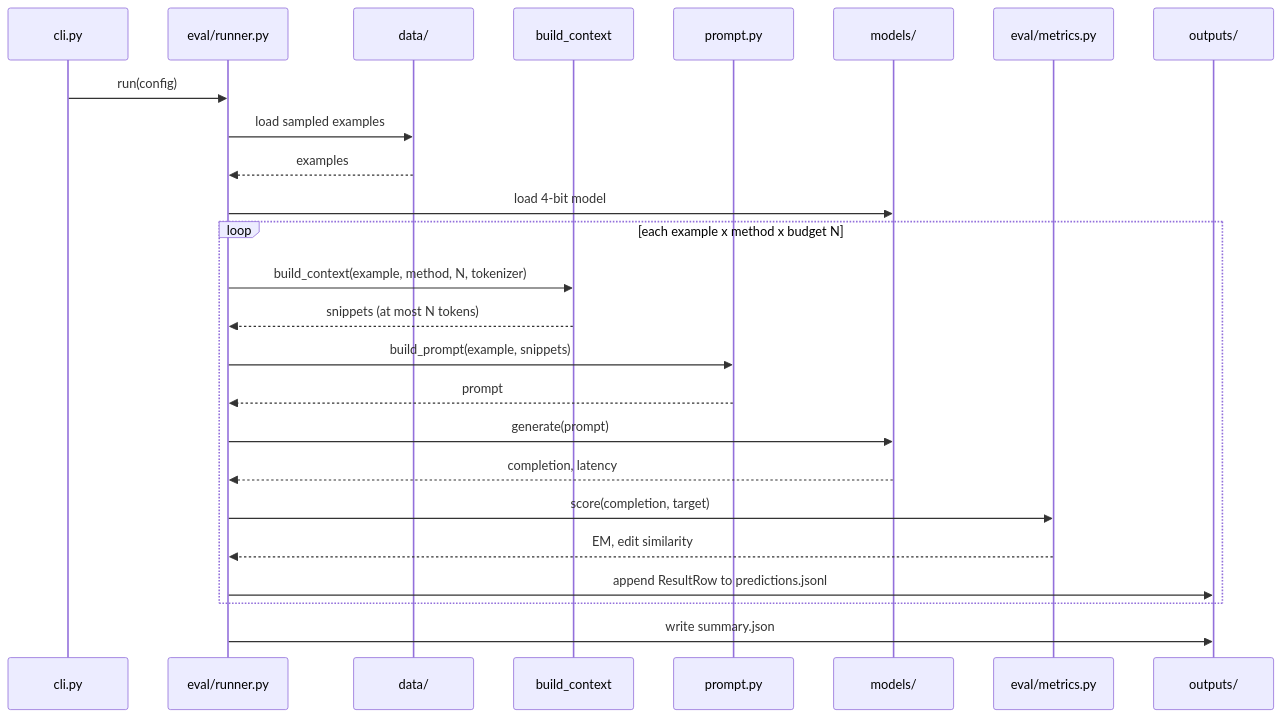
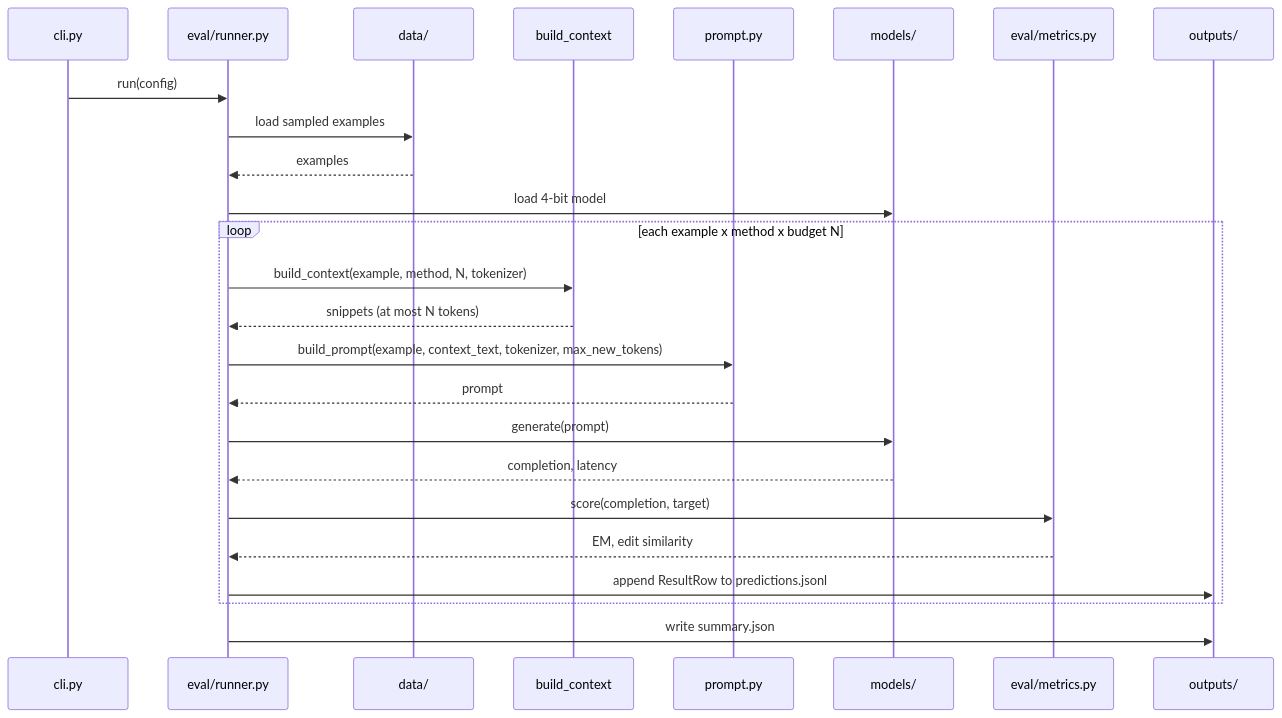
Before and after one commit to mdevhurt1/repo-aware-codegen: the second of 4 diagrams in docs/architecture.md, drawn with Mermaid. The commit also changed 3 other files, not shown here.

First line of the commit message:
Implement build_prompt with tests

````diff
--- a/docs/architecture.md
+++ b/docs/architecture.md
@@ -66,28 +66,28 @@
 ```mermaid
 sequenceDiagram
     participant CLI as cli.py
     participant Runner as eval/runner.py
     participant Data as data/
     participant Ctx as build_context
     participant Prompt as prompt.py
     participant Model as models/
     participant Metrics as eval/metrics.py
     participant Out as outputs/
 
     CLI->>Runner: run(config)
     Runner->>Data: load sampled examples
     Data-->>Runner: examples
     Runner->>Model: load 4-bit model
     loop each example x method x budget N
         Runner->>Ctx: build_context(example, method, N, tokenizer)
         Ctx-->>Runner: snippets (at most N tokens)
-        Runner->>Prompt: build_prompt(example, snippets)
+        Runner->>Prompt: build_prompt(example, context_text, tokenizer, max_new_tokens)
         Prompt-->>Runner: prompt
         Runner->>Model: generate(prompt)
         Model-->>Runner: completion, latency
         Runner->>Metrics: score(completion, target)
         Metrics-->>Runner: EM, edit similarity
         Runner->>Out: append ResultRow to predictions.jsonl
     end
     Runner->>Out: write summary.json
 ```
````
